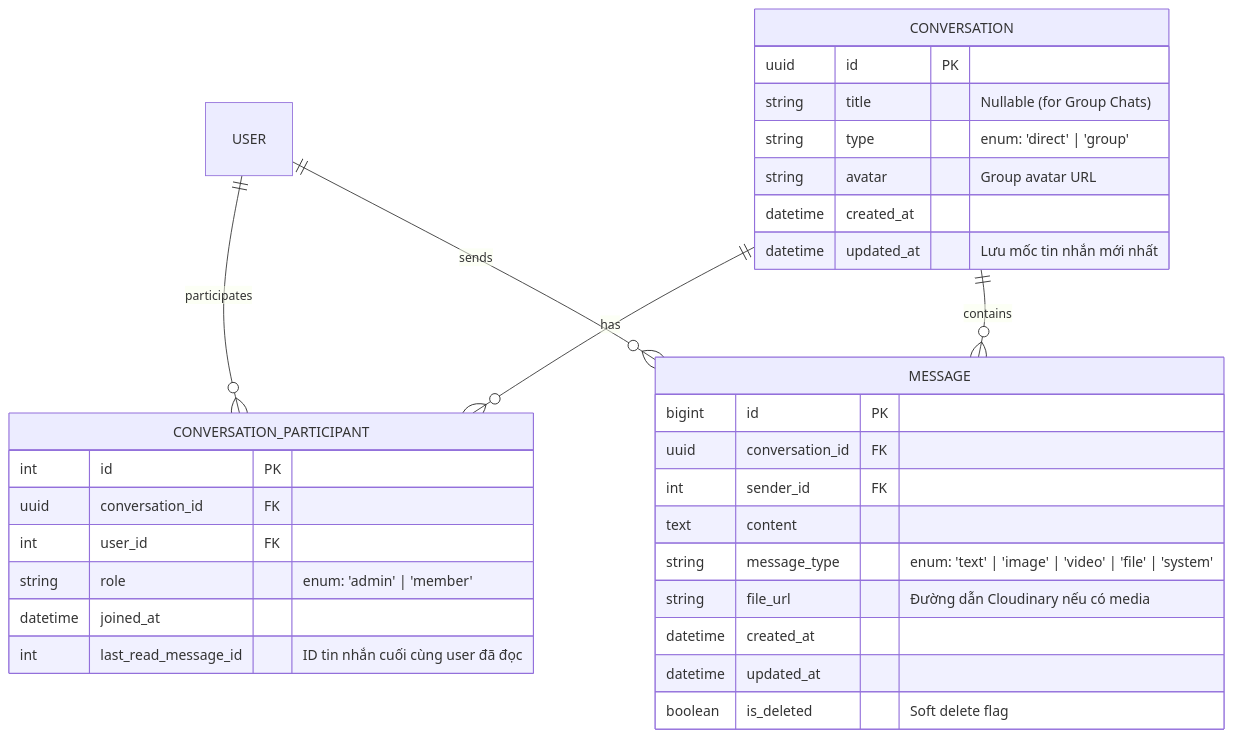
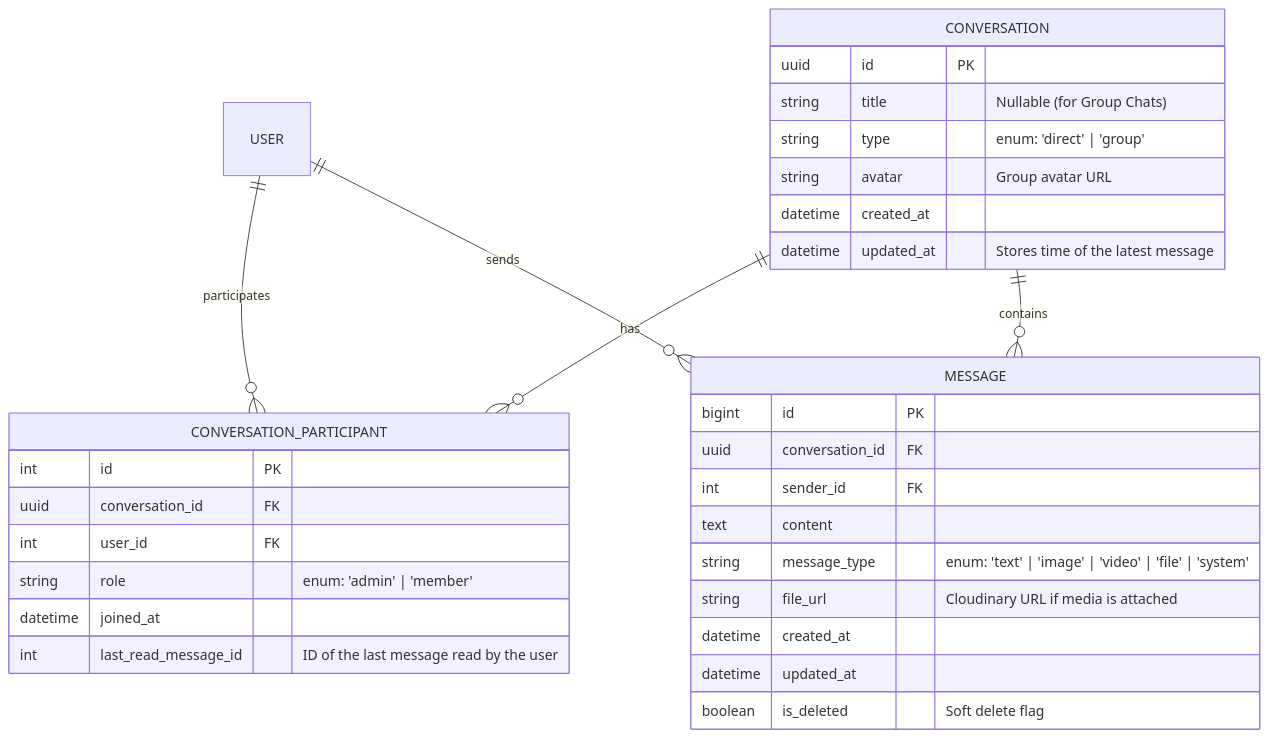
Before and after one commit to HoangDinhBui/link-sphere-ins: the second of 2 diagrams in README.md, drawn with Mermaid. The commit also changed other lines of this file, not shown here.

````diff
--- a/README.md
+++ b/README.md
@@ -89,37 +89,37 @@
 ```mermaid
 erDiagram
     USER ||--o{ CONVERSATION_PARTICIPANT : participates
     CONVERSATION ||--o{ CONVERSATION_PARTICIPANT : has
     CONVERSATION ||--o{ MESSAGE : contains
     USER ||--o{ MESSAGE : sends
 
     CONVERSATION {
         uuid id PK
         string title "Nullable (for Group Chats)"
         string type "enum: 'direct' | 'group'"
         string avatar "Group avatar URL"
         datetime created_at
-        datetime updated_at "Lưu mốc tin nhắn mới nhất"
+        datetime updated_at "Stores time of the latest message"
     }
 
     CONVERSATION_PARTICIPANT {
         int id PK
         uuid conversation_id FK
         int user_id FK
         string role "enum: 'admin' | 'member'"
         datetime joined_at
-        int last_read_message_id "ID tin nhắn cuối cùng user đã đọc"
+        int last_read_message_id "ID of the last message read by the user"
     }
 
     MESSAGE {
         bigint id PK
         uuid conversation_id FK
         int sender_id FK
         text content
         string message_type "enum: 'text' | 'image' | 'video' | 'file' | 'system'"
-        string file_url "Đường dẫn Cloudinary nếu có media"
+        string file_url "Cloudinary URL if media is attached"
         datetime created_at
         datetime updated_at
         boolean is_deleted "Soft delete flag"
     }
 ```
````
